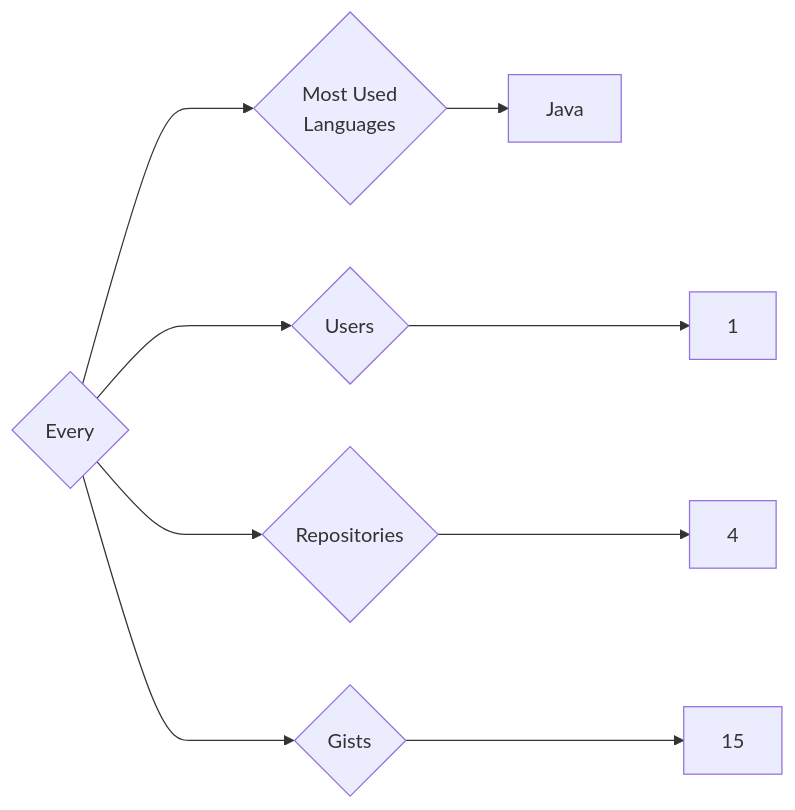
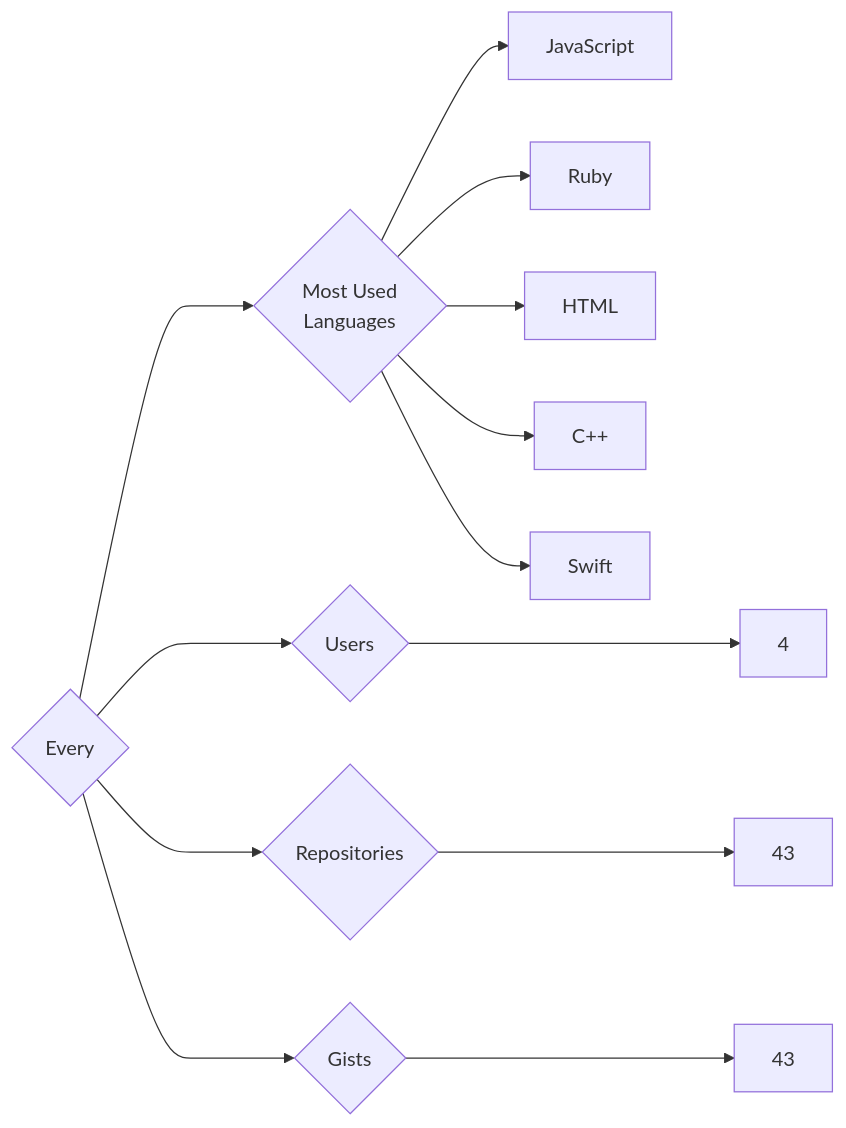
One commit to trickest/insiders changed the diagram in targets/Every/README.md. Above: the diagram before and after it, drawn with Mermaid. The commit also changed 644 other files, not shown here.

````diff
--- a/targets/Every/README.md
+++ b/targets/Every/README.md
@@ -3,9 +3,13 @@
 ```mermaid
 graph LR
 COMPANY_NAME{Every}
-COMPANY_NAME ---> U{Users} ---> UN[1]
-COMPANY_NAME ---> R{Repositories} ---> RN[4]
-COMPANY_NAME ---> G{Gists} ---> GN[15]
+COMPANY_NAME ---> U{Users} ---> UN[4]
+COMPANY_NAME ---> R{Repositories} ---> RN[43]
+COMPANY_NAME ---> G{Gists} ---> GN[43]
 COMPANY_NAME ---> ML{Most Used<br>Languages}
-ML --> Java[Java]
+ML --> JavaScript[JavaScript]
+ML --> Ruby[Ruby]
+ML --> HTML[HTML]
+ML --> C++[C++]
+ML --> Swift[Swift]
 ```
````
